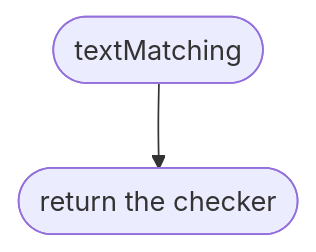
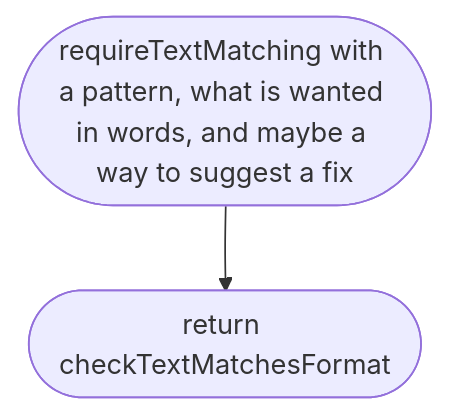
One commit to NewDara-Star/world-engine changed the ninth of 37 diagrams in docs/designs/src/place/parse.md. Above: the diagram before and after it, drawn with Mermaid. The commit also changed other lines of this file and 9 other files, not shown here.

````diff
--- a/docs/designs/src/place/parse.md
+++ b/docs/designs/src/place/parse.md
@@ -81,6 +132,6 @@
 ```mermaid
 flowchart TD
-  s(["textMatching"])
-  a(["return the checker"])
+  s(["requireTextMatching with a pattern, what is wanted in words, and maybe a way to suggest a fix"])
+  a(["return checkTextMatchesFormat"])
   s --> a
 ```
````
